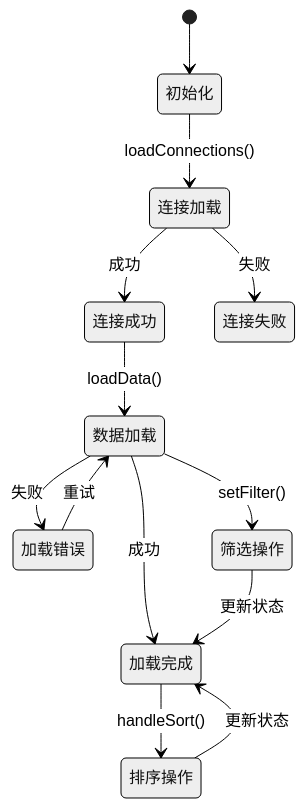
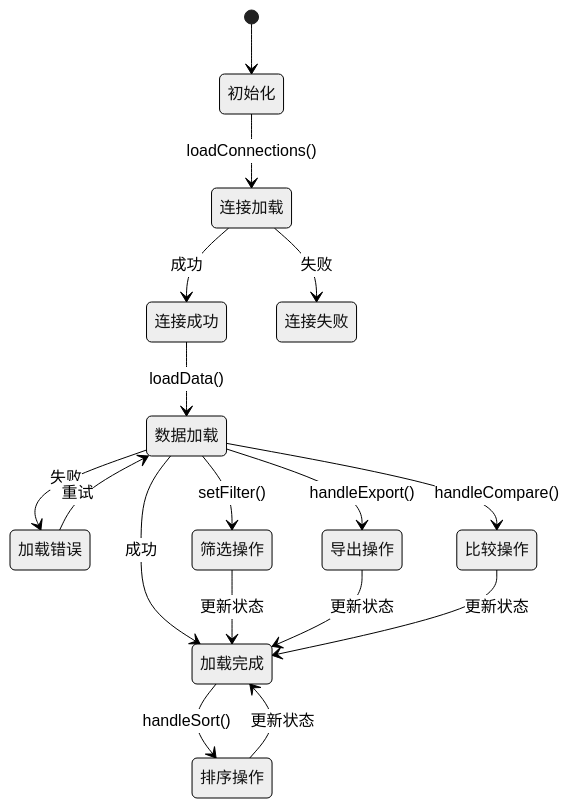
The fifth of 19 diagrams in .qoder/repowiki/zh/content/前端组件系统/数据表格组件.md (wwenbo2048/nexsql), drawn with Mermaid (neutral theme) before and after one commit. The commit also changed other lines of this file and 19 other files, not shown here.

````diff
--- a/.qoder/repowiki/zh/content/前端组件系统/数据表格组件.md
+++ b/.qoder/repowiki/zh/content/前端组件系统/数据表格组件.md
@@ -215,15 +275,19 @@
 ```mermaid
 stateDiagram-v2
 [*] --> 初始化
 初始化 --> 连接加载 : loadConnections()
 连接加载 --> 连接成功 : 成功
 连接加载 --> 连接失败 : 失败
 连接成功 --> 数据加载 : loadData()
 数据加载 --> 加载完成 : 成功
 数据加载 --> 加载错误 : 失败
 加载完成 --> 排序操作 : handleSort()
 排序操作 --> 加载完成 : 更新状态
 加载错误 --> 数据加载 : 重试
 数据加载 --> 筛选操作 : setFilter()
 筛选操作 --> 加载完成 : 更新状态
+数据加载 --> 导出操作 : handleExport()
+导出操作 --> 加载完成 : 更新状态
+数据加载 --> 比较操作 : handleCompare()
+比较操作 --> 加载完成 : 更新状态
 ```
````
